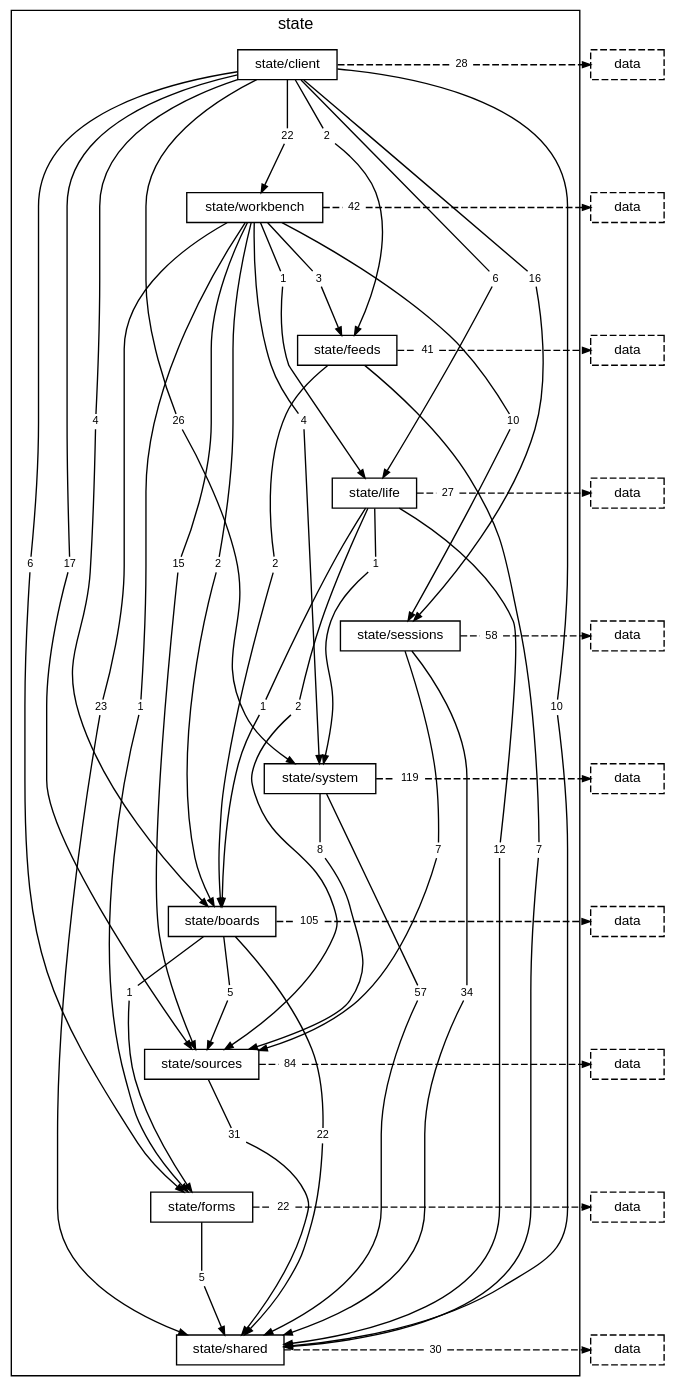
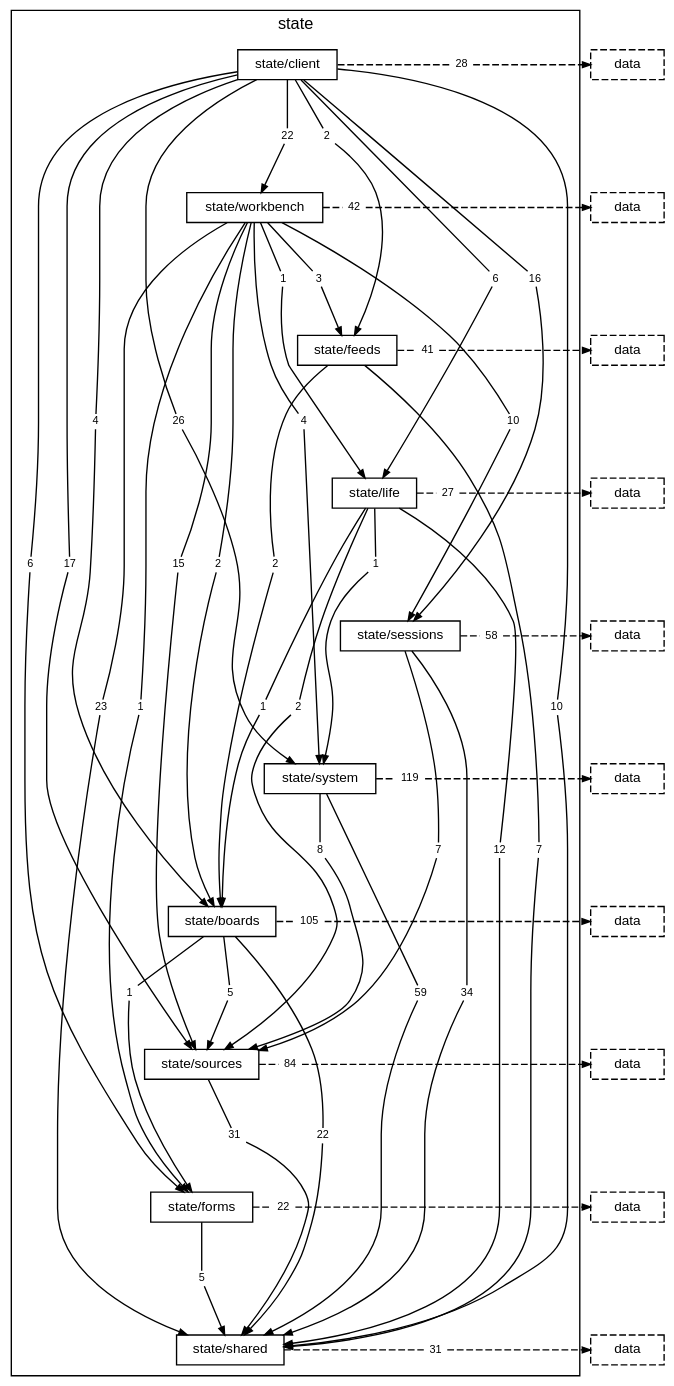
One commit to TheAxeC/oculus changed the diagram in docs/diagrams/layer-state.dot. Above: the diagram before and after it, drawn with Graphviz. The commit also changed 18 other files, not shown here.

```diff
--- a/docs/diagrams/layer-state.dot
+++ b/docs/diagrams/layer-state.dot
@@ -44,7 +44,7 @@
         "folder state/sessions to folder state/shared" [label="34", shape=box, color="transparent", fontsize=8, width=0, height=0, margin="0.04,0.02"];
         "folder state/sessions to folder state/sources" [label="7", shape=box, color="transparent", fontsize=8, width=0, height=0, margin="0.04,0.02"];
         "folder state/sessions to layer data" [label="58", shape=box, color="transparent", fontsize=8, width=0, height=0, margin="0.04,0.02"];
-        "folder state/system to folder state/shared" [label="57", shape=box, color="transparent", fontsize=8, width=0, height=0, margin="0.04,0.02"];
+        "folder state/system to folder state/shared" [label="59", shape=box, color="transparent", fontsize=8, width=0, height=0, margin="0.04,0.02"];
         "folder state/system to folder state/sources" [label="8", shape=box, color="transparent", fontsize=8, width=0, height=0, margin="0.04,0.02"];
         "folder state/system to layer data" [label="119", shape=box, color="transparent", fontsize=8, width=0, height=0, margin="0.04,0.02"];
         "folder state/boards to folder state/forms" [label="1", shape=box, color="transparent", fontsize=8, width=0, height=0, margin="0.04,0.02"];
@@ -55,7 +55,7 @@
         "folder state/sources to layer data" [label="84", shape=box, color="transparent", fontsize=8, width=0, height=0, margin="0.04,0.02"];
         "folder state/forms to folder state/shared" [label="5", shape=box, color="transparent", fontsize=8, width=0, height=0, margin="0.04,0.02"];
         "folder state/forms to layer data" [label="22", shape=box, color="transparent", fontsize=8, width=0, height=0, margin="0.04,0.02"];
-        "folder state/shared to layer data" [label="30", shape=box, color="transparent", fontsize=8, width=0, height=0, margin="0.04,0.02"];
+        "folder state/shared to layer data" [label="31", shape=box, color="transparent", fontsize=8, width=0, height=0, margin="0.04,0.02"];
     }
     "layer data from folder state/client" [label="data", style=dashed];
     "layer data from folder state/workbench" [label="data", style=dashed];
```
